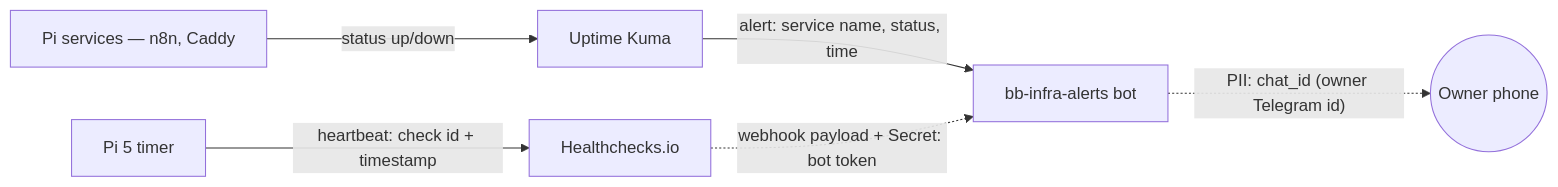
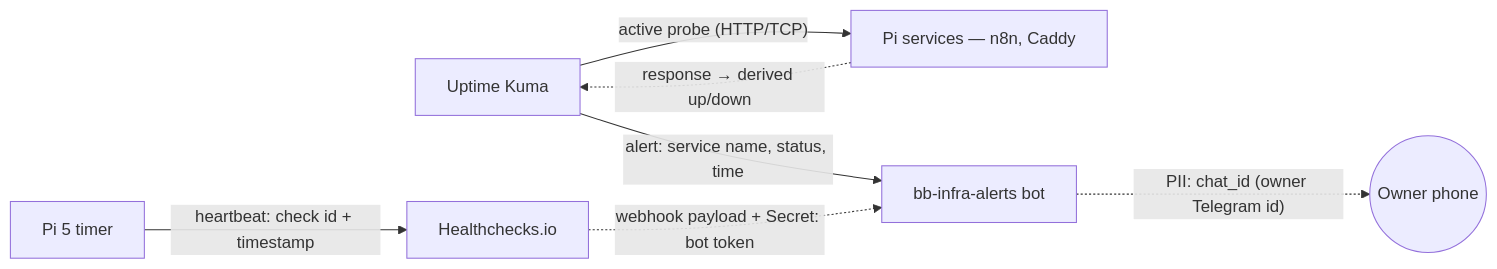
The diagram in docs/architecture/diagrams/monitoring/06-data-flow.md (benoit-bremaud/bb-homelab), drawn with Mermaid before and after one commit. The commit also changed 1 other file, not shown here.

Commit message:
docs(monitoring): address review on ADR 0004 + data-flow
- ADR 0004: fix stale note — ADR 0003 (Jellyfin) now exists and is
  indexed after rebase onto main; no longer 'reserved/not yet written'.
- data-flow: correct the edge direction — Uptime Kuma actively probes,
  so show Kuma -> services (probe) + services -.-> Kuma (response →
  up/down), matching the component diagram.

````diff
--- a/docs/architecture/diagrams/monitoring/06-data-flow.md
+++ b/docs/architecture/diagrams/monitoring/06-data-flow.md
@@ -20,9 +20,10 @@
 ```mermaid
 flowchart LR
-  svc["Pi services — n8n, Caddy"] -->|"status up/down"| kuma["Uptime Kuma"]
+  kuma["Uptime Kuma"] -->|"active probe (HTTP/TCP)"| svc["Pi services — n8n, Caddy"]
+  svc -.->|"response → derived up/down"| kuma
   timer["Pi 5 timer"] -->|"heartbeat: check id + timestamp"| hc["Healthchecks.io"]
 
   kuma -->|"alert: service name, status, time"| bot["bb-infra-alerts bot"]
   hc -.->|"webhook payload + Secret: bot token"| bot
   bot -.->|"PII: chat_id (owner Telegram id)"| phone(("Owner phone"))
 ```
````
